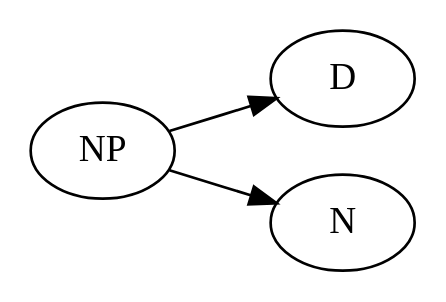
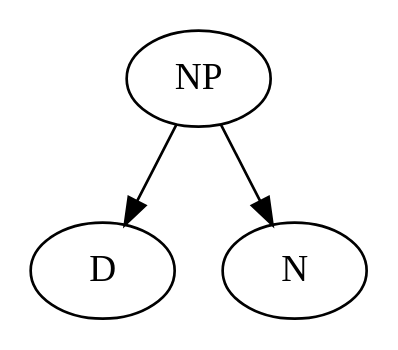
Before and after one commit to findcoo/englab: the first of 5 diagrams in README.org, drawn with Graphviz. The commit also changed other lines of this file and 6 other files, not shown here.

```diff
--- a/README.org
+++ b/README.org
@@ -61,7 +61,5 @@
   #+BEGIN_SRC dot :file images/noun-phrase1.svg :exports results
 digraph NounPhrase1 {
-rankdir=LR;
-NP -> D;
-NP -> N;
+NP -> {D N};
 }
   #+END_SRC
```
